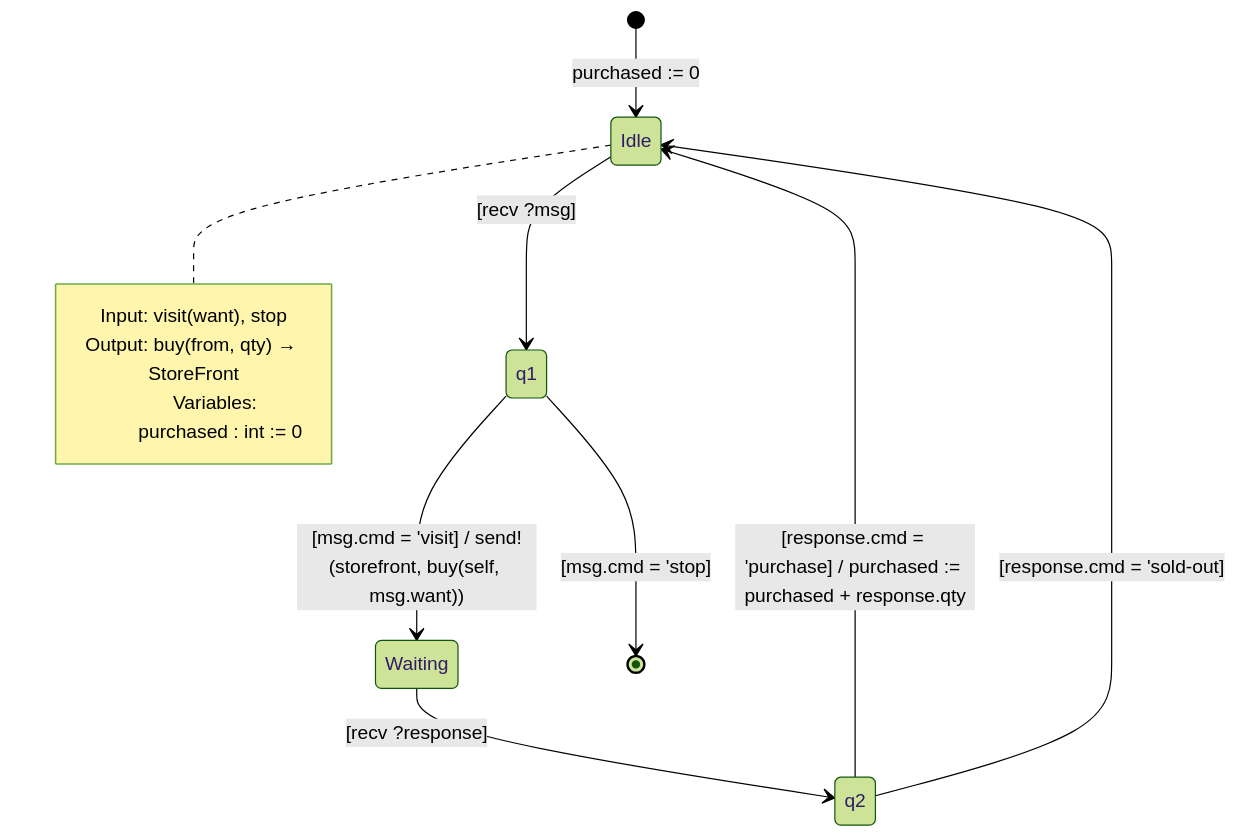
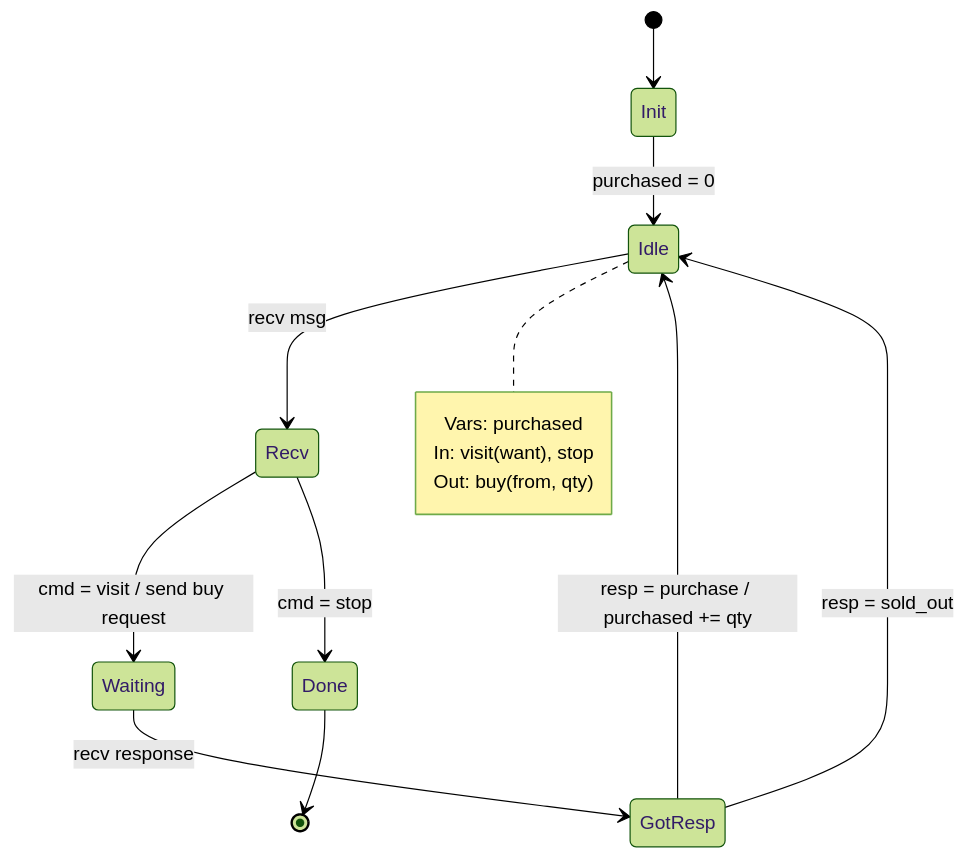
One commit to rfielding/philosopher changed the fifth of 8 diagrams in examples/breadco-efsm.md. Above: the diagram before and after it, drawn with Mermaid (forest theme). The commit also changed other lines of this file and 1 other file, not shown here.

````diff
--- a/examples/breadco-efsm.md
+++ b/examples/breadco-efsm.md
@@ -103,23 +100,21 @@
 ```mermaid
 stateDiagram-v2
-    [*] --> Idle: purchased := 0
+    [*] --> Init
+    Init --> Idle : purchased = 0
     
-    Idle --> q1: [recv ?msg]
+    Idle --> Recv : recv msg
+    Recv --> Waiting : cmd = visit / send buy request
     
-    q1 --> Waiting: [msg.cmd = 'visit] / send!(storefront, buy(self, msg.want))
+    Waiting --> GotResp : recv response
+    GotResp --> Idle : resp = purchase / purchased += qty
+    GotResp --> Idle : resp = sold_out
     
-    Waiting --> q2: [recv ?response]
-    
-    q2 --> Idle: [response.cmd = 'purchase] / purchased := purchased + response.qty
-    q2 --> Idle: [response.cmd = 'sold-out]
-    
-    q1 --> [*]: [msg.cmd = 'stop]
+    Recv --> Done : cmd = stop
+    Done --> [*]
     
     note right of Idle
-        Input: visit(want), stop
-        Output: buy(from, qty) → StoreFront
-        
-        Variables:
-          purchased : int := 0
+        Vars: purchased
+        In: visit(want), stop
+        Out: buy(from, qty)
     end note
 ```
````
